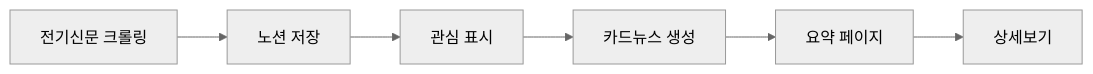
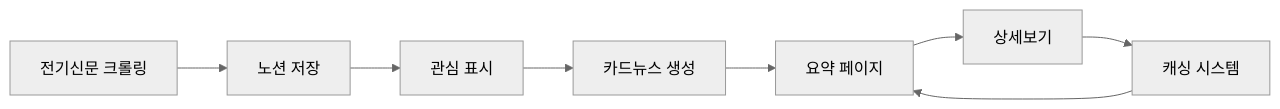
The first of 2 diagrams in CARD_NEWS_SYSTEM_STATUS_20250617.md (zwtiger04/AI-Agent-Full-Stack-Developer), drawn with Mermaid (neutral theme) before and after one commit. The commit also changed other lines of this file and 4 other files, not shown here.

````diff
--- a/CARD_NEWS_SYSTEM_STATUS_20250617.md
+++ b/CARD_NEWS_SYSTEM_STATUS_20250617.md
@@ -9,8 +9,10 @@
 ```mermaid
 graph LR
     A[전기신문 크롤링] --> B[노션 저장]
     B --> C[관심 표시]
     C --> D[카드뉴스 생성]
     D --> E[요약 페이지]
     E --> F[상세보기]
+    F --> G[캐싱 시스템] 
+    G --> E
 ```
````
